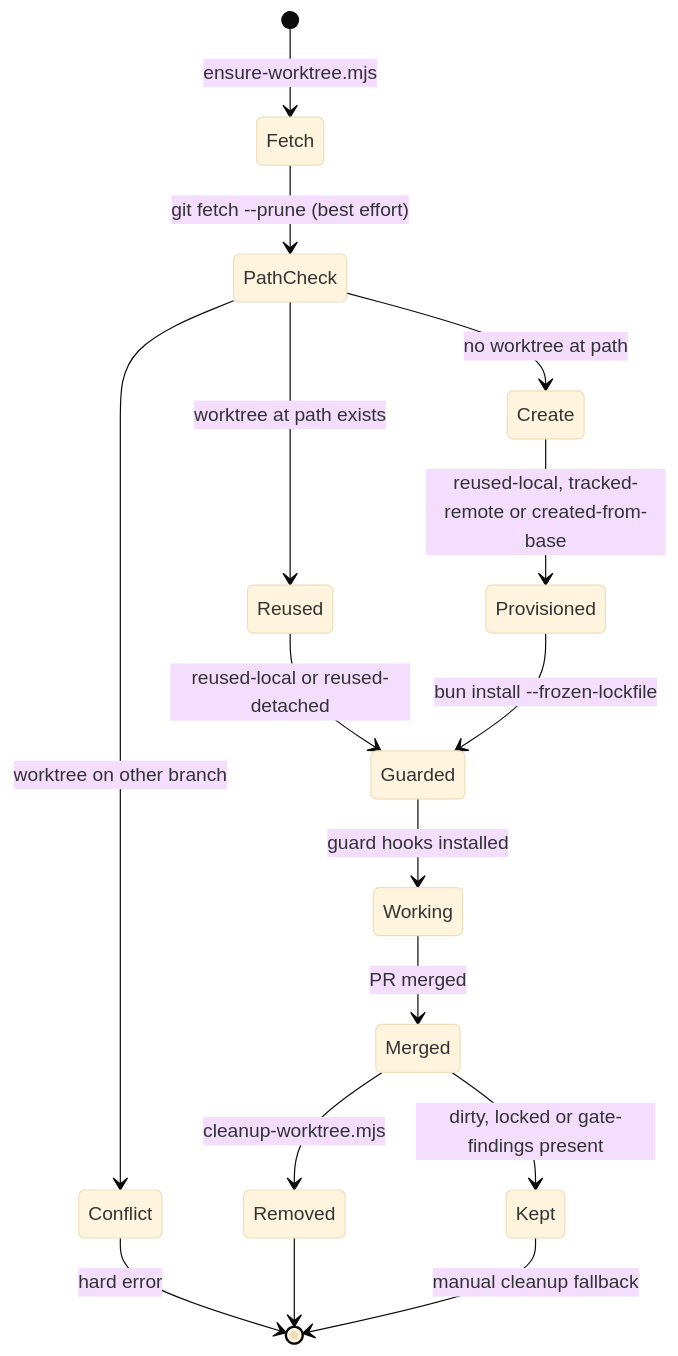
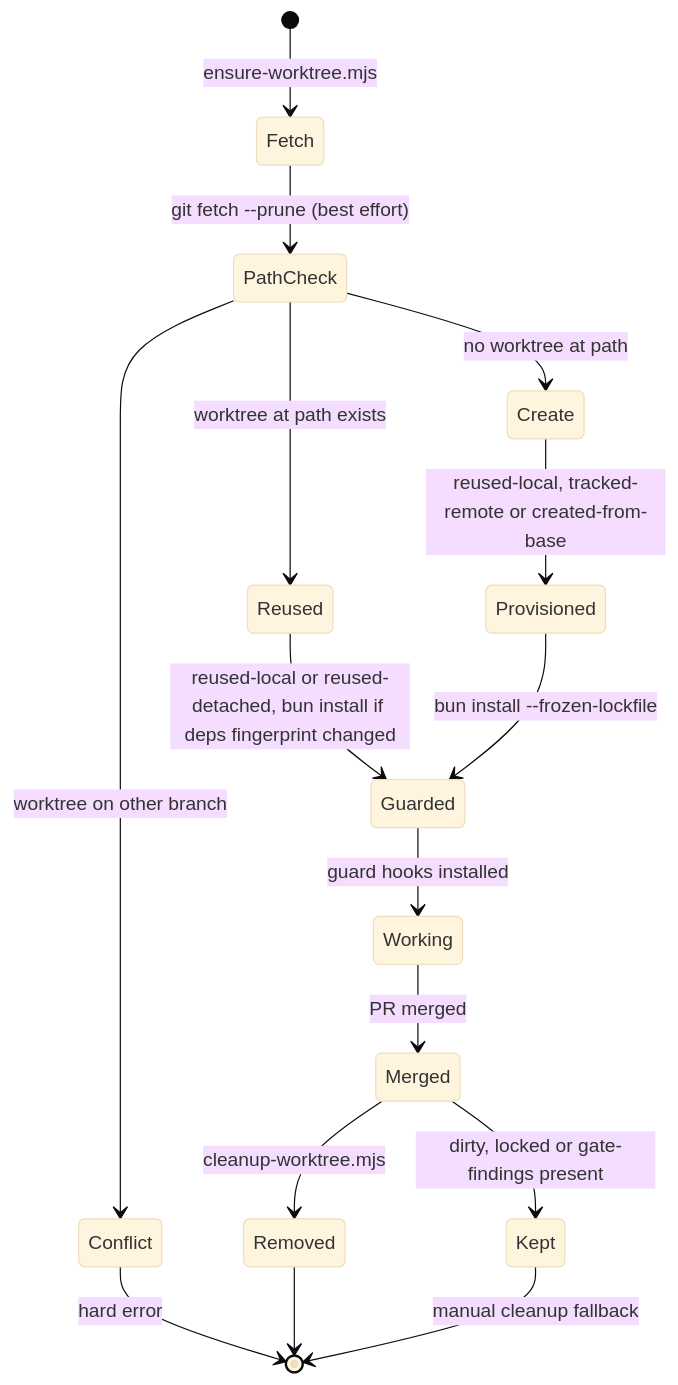
The ninth of 14 diagrams in docs/atlas/10-ops-ci-release.md (mfittko/dev-loops), drawn with Mermaid (base theme) before and after one commit. The commit also changed other lines of this file, not shown here.

````diff
--- a/docs/atlas/10-ops-ci-release.md
+++ b/docs/atlas/10-ops-ci-release.md
@@ -256,18 +256,18 @@
 ```mermaid
 stateDiagram-v2
   [*] --> Fetch: ensure-worktree.mjs
   Fetch --> PathCheck: git fetch --prune (best effort)
   PathCheck --> Conflict: worktree on other branch
   Conflict --> [*]: hard error
   PathCheck --> Reused: worktree at path exists
   PathCheck --> Create: no worktree at path
-  Reused --> Guarded: reused-local or reused-detached
+  Reused --> Guarded: reused-local or reused-detached, bun install if deps fingerprint changed
   Create --> Provisioned: reused-local, tracked-remote or created-from-base
   Provisioned --> Guarded: bun install --frozen-lockfile
   Guarded --> Working: guard hooks installed
   Working --> Merged: PR merged
   Merged --> Removed: cleanup-worktree.mjs
   Merged --> Kept: dirty, locked or gate-findings present
   Removed --> [*]
   Kept --> [*]: manual cleanup fallback
 ```
````
